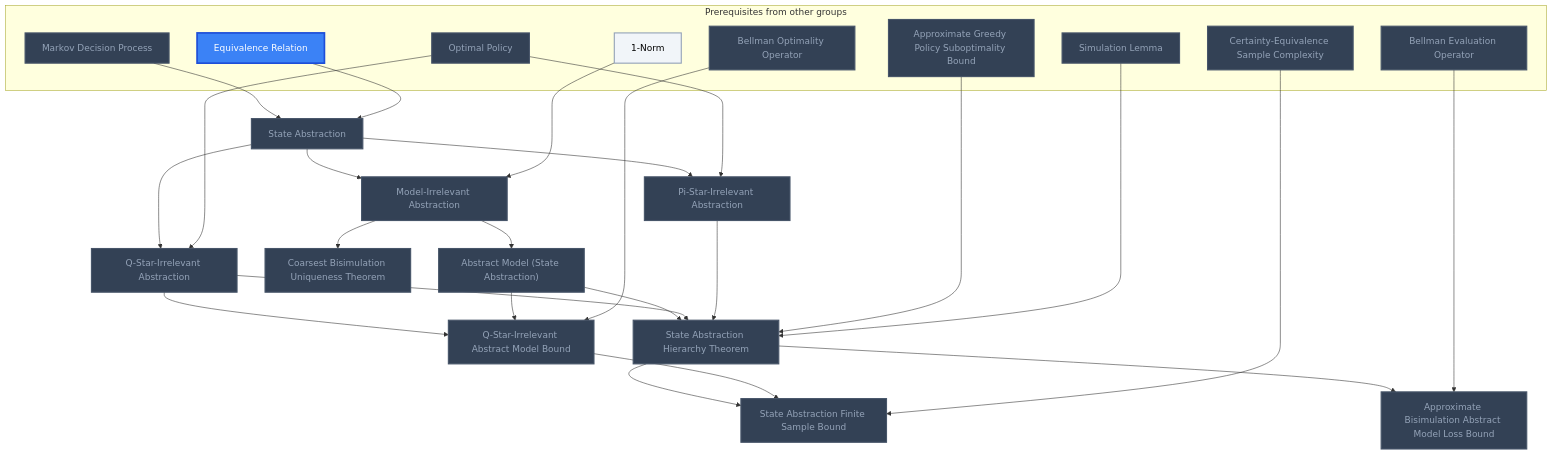
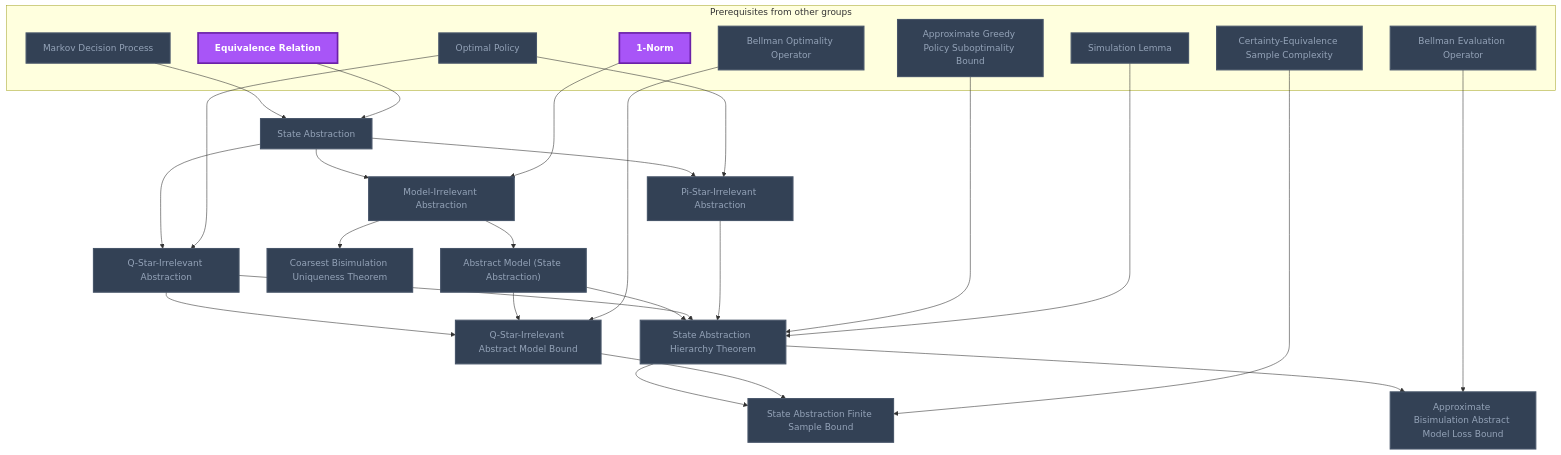
Before and after one commit to MRauf1/My-Notes: the ninth of 11 diagrams in Gamification/Skill Trees/Reinforcement Learning.md, drawn with Mermaid. The commit also changed other lines of this file and 145 other files, not shown here.

````diff
--- a/Gamification/Skill Trees/Reinforcement Learning.md
+++ b/Gamification/Skill Trees/Reinforcement Learning.md
@@ -376,60 +378,59 @@
 ```mermaid
 flowchart TD
     classDef planned fill:#1E293B,stroke:#64748B,stroke-width:2px,stroke-dasharray:5 5,color:#94A3B8;
     classDef locked fill:#334155,stroke:#475569,stroke-width:2px,color:#94A3B8;
     classDef L0 fill:#F1F5F9,stroke:#94A3B8,stroke-width:2px,color:#000000;
     classDef L1 fill:#22C55E,stroke:#15803D,stroke-width:2px,color:#000000;
     classDef L2 fill:#3B82F6,stroke:#1D4ED8,stroke-width:3px,color:#FFFFFF;
     classDef L3 fill:#A855F7,stroke:#6B21A8,stroke-width:3px,color:#FFFFFF,font-weight:bold;
     classDef L4 fill:#F97316,stroke:#C2410C,stroke-width:4px,color:#000000,font-weight:bold;
     classDef L5 fill:#FFD700,stroke:#FF8C00,stroke-width:5px,color:#000000,font-weight:bold;
     classDef rusty stroke:#8B4513,stroke-width:4px,stroke-dasharray:3 3;
     subgraph sg_prereqs["Prerequisites from other groups"]
         n_markov_decision_process["Markov Decision Process"]
         n_equivalence_relation["Equivalence Relation"]
         n_optimal_policy["Optimal Policy"]
         n_1_norm["1-Norm"]
         n_approximate_greedy_policy_suboptimality_bound["Approximate Greedy Policy Suboptimality Bound"]
         n_simulation_lemma["Simulation Lemma"]
         n_bellman_evaluation_operator["Bellman Evaluation Operator"]
         n_bellman_optimality_operator["Bellman Optimality Operator"]
         n_certainty_equivalence_sample_complexity["Certainty-Equivalence Sample Complexity"]
     end
     n_state_abstraction["State Abstraction"]
     n_pi_star_irrelevant_abstraction["Pi-Star-Irrelevant Abstraction"]
     n_q_star_irrelevant_abstraction["Q-Star-Irrelevant Abstraction"]
     n_model_irrelevant_abstraction["Model-Irrelevant Abstraction"]
     n_coarsest_bisimulation_uniqueness_theorem["Coarsest Bisimulation Uniqueness Theorem"]
     n_abstract_model_state_abstraction["Abstract Model (State Abstraction)"]
     n_state_abstraction_hierarchy_theorem["State Abstraction Hierarchy Theorem"]
     n_approximate_bisimulation_abstract_model_loss_bound["Approximate Bisimulation Abstract Model Loss Bound"]
     n_q_star_irrelevant_abstract_model_bound["Q-Star-Irrelevant Abstract Model Bound"]
     n_state_abstraction_finite_sample_bound["State Abstraction Finite Sample Bound"]
     n_markov_decision_process --> n_state_abstraction
     n_equivalence_relation --> n_state_abstraction
     n_state_abstraction --> n_pi_star_irrelevant_abstraction
     n_optimal_policy --> n_pi_star_irrelevant_abstraction
     n_state_abstraction --> n_q_star_irrelevant_abstraction
     n_optimal_policy --> n_q_star_irrelevant_abstraction
     n_state_abstraction --> n_model_irrelevant_abstraction
     n_1_norm --> n_model_irrelevant_abstraction
     n_model_irrelevant_abstraction --> n_coarsest_bisimulation_uniqueness_theorem
     n_model_irrelevant_abstraction --> n_abstract_model_state_abstraction
     n_abstract_model_state_abstraction --> n_state_abstraction_hierarchy_theorem
     n_q_star_irrelevant_abstraction --> n_state_abstraction_hierarchy_theorem
     n_pi_star_irrelevant_abstraction --> n_state_abstraction_hierarchy_theorem
     n_approximate_greedy_policy_suboptimality_bound --> n_state_abstraction_hierarchy_theorem
     n_simulation_lemma --> n_state_abstraction_hierarchy_theorem
     n_state_abstraction_hierarchy_theorem --> n_approximate_bisimulation_abstract_model_loss_bound
     n_bellman_evaluation_operator --> n_approximate_bisimulation_abstract_model_loss_bound
     n_q_star_irrelevant_abstraction --> n_q_star_irrelevant_abstract_model_bound
     n_abstract_model_state_abstraction --> n_q_star_irrelevant_abstract_model_bound
     n_bellman_optimality_operator --> n_q_star_irrelevant_abstract_model_bound
     n_state_abstraction_hierarchy_theorem --> n_state_abstraction_finite_sample_bound
     n_q_star_irrelevant_abstract_model_bound --> n_state_abstraction_finite_sample_bound
     n_certainty_equivalence_sample_complexity --> n_state_abstraction_finite_sample_bound
     class n_markov_decision_process,n_optimal_policy,n_approximate_greedy_policy_suboptimality_bound,n_simulation_lemma,n_bellman_evaluation_operator,n_bellman_optimality_operator,n_certainty_equivalence_sample_complexity,n_state_abstraction,n_pi_star_irrelevant_abstraction,n_q_star_irrelevant_abstraction,n_model_irrelevant_abstraction,n_coarsest_bisimulation_uniqueness_theorem,n_abstract_model_state_abstraction,n_state_abstraction_hierarchy_theorem,n_approximate_bisimulation_abstract_model_loss_bound,n_q_star_irrelevant_abstract_model_bound,n_state_abstraction_finite_sample_bound locked;
-    class n_1_norm L0;
-    class n_equivalence_relation L2;
+    class n_equivalence_relation,n_1_norm L3;
     class n_markov_decision_process,n_equivalence_relation,n_optimal_policy,n_1_norm,n_approximate_greedy_policy_suboptimality_bound,n_simulation_lemma,n_bellman_evaluation_operator,n_bellman_optimality_operator,n_certainty_equivalence_sample_complexity,n_state_abstraction,n_pi_star_irrelevant_abstraction,n_q_star_irrelevant_abstraction,n_model_irrelevant_abstraction,n_coarsest_bisimulation_uniqueness_theorem,n_abstract_model_state_abstraction,n_state_abstraction_hierarchy_theorem,n_approximate_bisimulation_abstract_model_loss_bound,n_q_star_irrelevant_abstract_model_bound,n_state_abstraction_finite_sample_bound internal-link;
 ```
````
